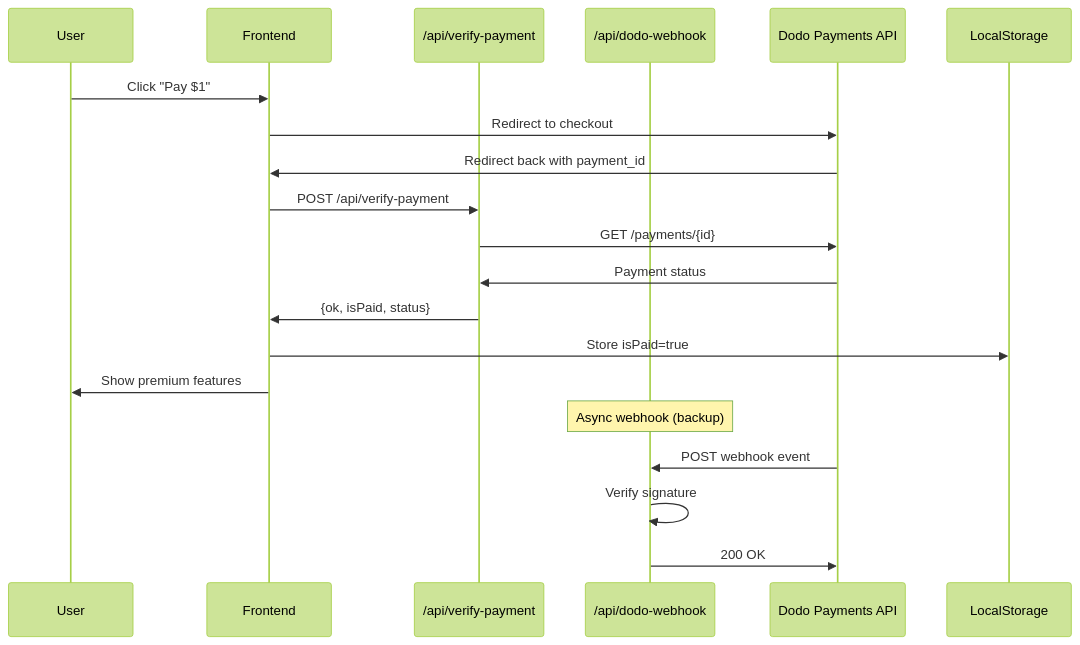
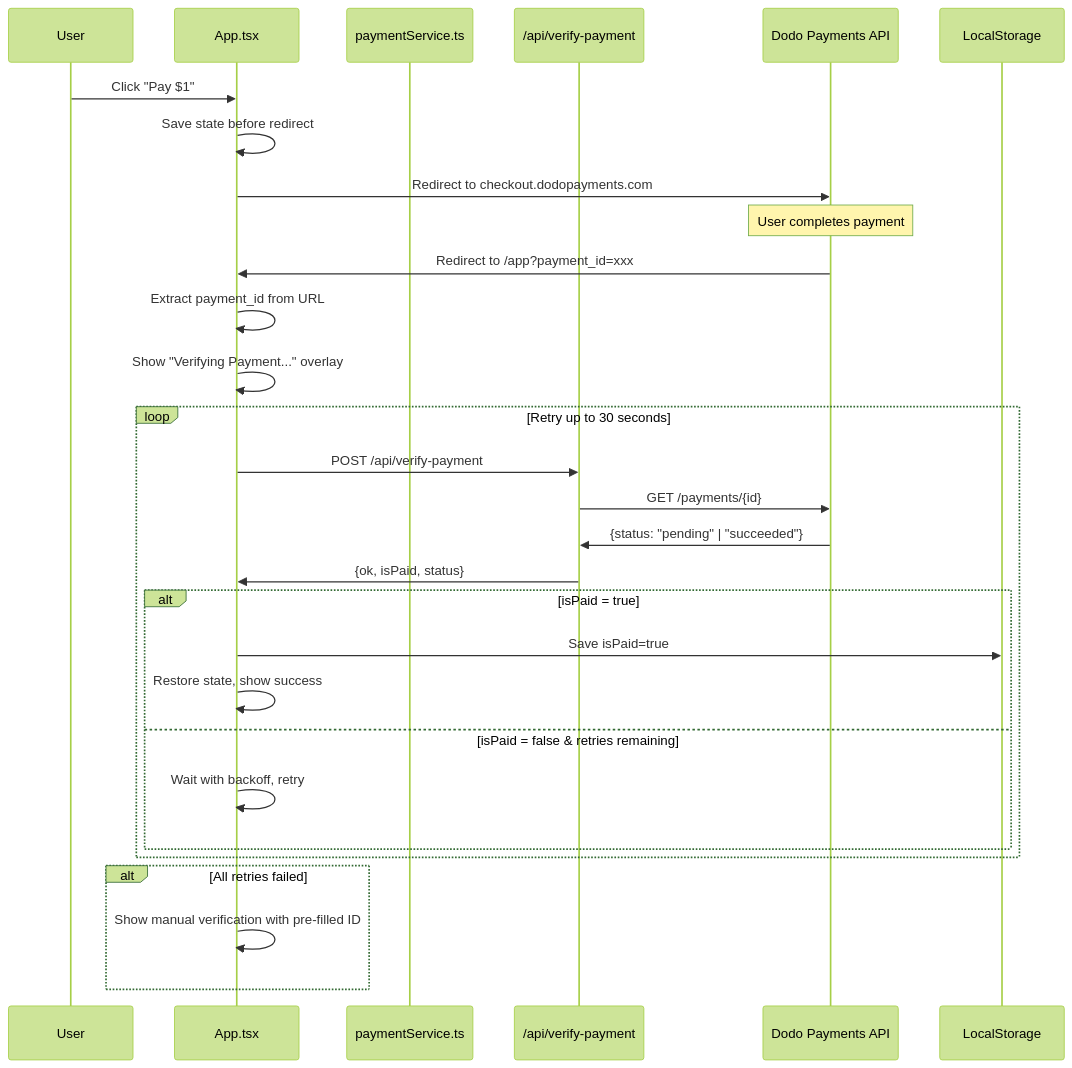
Before and after one commit to Rupesh7128/Hireschema: the diagram in .kiro/specs/fix-dodo-payments/design.md, drawn with Mermaid (forest theme). The commit also changed other lines of this file and 6 other files, not shown here.

Commit message:
Fix payment flow and state management improvements

````diff
--- a/.kiro/specs/fix-dodo-payments/design.md
+++ b/.kiro/specs/fix-dodo-payments/design.md
@@ -19,24 +24,37 @@
 ```mermaid
 sequenceDiagram
     participant User
-    participant Frontend
+    participant Frontend as App.tsx
+    participant PaymentService as paymentService.ts
     participant VerifyAPI as /api/verify-payment
-    participant WebhookAPI as /api/dodo-webhook
     participant DodoAPI as Dodo Payments API
     participant LocalStorage
 
     User->>Frontend: Click "Pay $1"
-    Frontend->>DodoAPI: Redirect to checkout
-    DodoAPI->>Frontend: Redirect back with payment_id
-    Frontend->>VerifyAPI: POST /api/verify-payment
-    VerifyAPI->>DodoAPI: GET /payments/{id}
-    DodoAPI->>VerifyAPI: Payment status
-    VerifyAPI->>Frontend: {ok, isPaid, status}
-    Frontend->>LocalStorage: Store isPaid=true
-    Frontend->>User: Show premium features
-
-    Note over WebhookAPI: Async webhook (backup)
-    DodoAPI->>WebhookAPI: POST webhook event
-    WebhookAPI->>WebhookAPI: Verify signature
-    WebhookAPI->>DodoAPI: 200 OK
+    Frontend->>Frontend: Save state before redirect
+    Frontend->>DodoAPI: Redirect to checkout.dodopayments.com
+    
+    Note over DodoAPI: User completes payment
+    
+    DodoAPI->>Frontend: Redirect to /app?payment_id=xxx
+    Frontend->>Frontend: Extract payment_id from URL
+    Frontend->>Frontend: Show "Verifying Payment..." overlay
+    
+    loop Retry up to 30 seconds
+        Frontend->>VerifyAPI: POST /api/verify-payment
+        VerifyAPI->>DodoAPI: GET /payments/{id}
+        DodoAPI->>VerifyAPI: {status: "pending" | "succeeded"}
+        VerifyAPI->>Frontend: {ok, isPaid, status}
+        
+        alt isPaid = true
+            Frontend->>LocalStorage: Save isPaid=true
+            Frontend->>Frontend: Restore state, show success
+        else isPaid = false & retries remaining
+            Frontend->>Frontend: Wait with backoff, retry
+        end
+    end
+    
+    alt All retries failed
+        Frontend->>Frontend: Show manual verification with pre-filled ID
+    end
 ```
````
